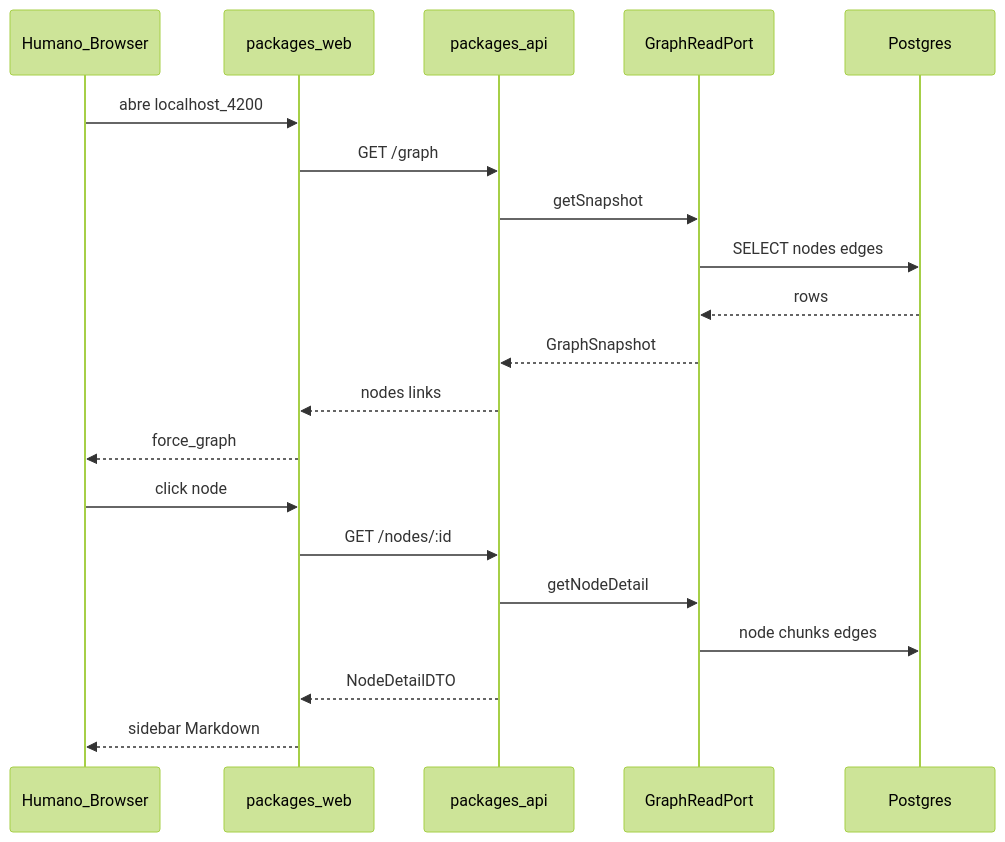
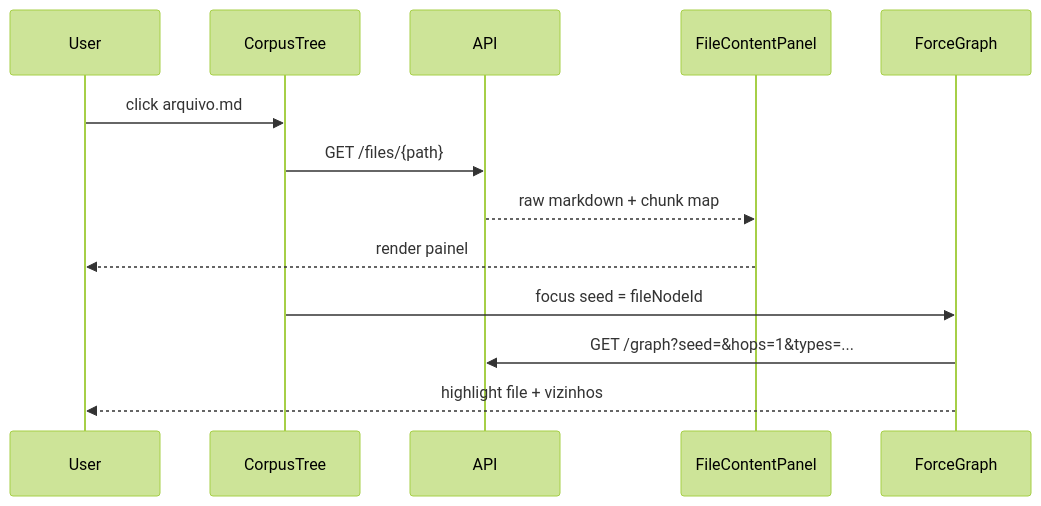
One commit to Karik-ribasu/knowledge-graph-poc changed the third of 4 diagrams in .cursor/plans/graph_explorer_ui.plan.md. Above: the diagram before and after it, drawn with Mermaid (forest theme). The commit also changed other lines of this file and 172 other files, not shown here.

````diff
--- a/.cursor/plans/graph_explorer_ui.plan.md
+++ b/.cursor/plans/graph_explorer_ui.plan.md
@@ -336,23 +140,16 @@
 ```mermaid
 sequenceDiagram
-  participant Human as Humano_Browser
-  participant Web as packages_web
-  participant API as packages_api
-  participant Core as GraphReadPort
-  participant PG as Postgres
+  participant User
+  participant Tree as CorpusTree
+  participant API
+  participant Content as FileContentPanel
+  participant Graph as ForceGraph
 
-  Human->>Web: abre localhost_4200
-  Web->>API: GET /graph
-  API->>Core: getSnapshot
-  Core->>PG: SELECT nodes edges
-  PG-->>Core: rows
-  Core-->>API: GraphSnapshot
-  API-->>Web: nodes links
-  Web-->>Human: force_graph
-  Human->>Web: click node
-  Web->>API: GET /nodes/:id
-  API->>Core: getNodeDetail
-  Core->>PG: node chunks edges
-  API-->>Web: NodeDetailDTO
-  Web-->>Human: sidebar Markdown
+  User->>Tree: click arquivo.md
+  Tree->>API: GET /files/{path}
+  API-->>Content: raw markdown + chunk map
+  Content-->>User: render painel
+  Tree->>Graph: focus seed = fileNodeId
+  Graph->>API: GET /graph?seed=&hops=1&types=...
+  Graph-->>User: highlight file + vizinhos
 ```
````
